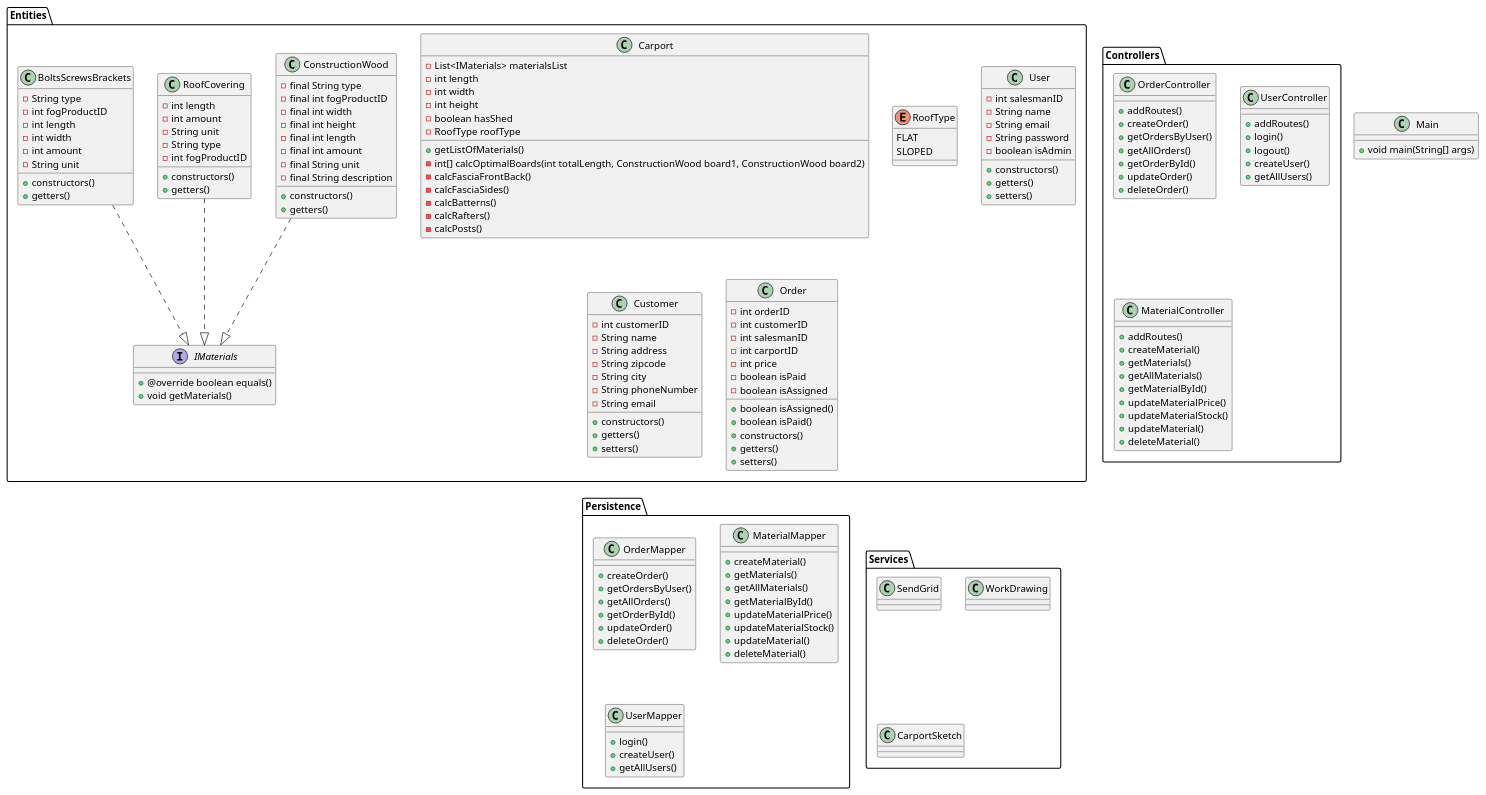
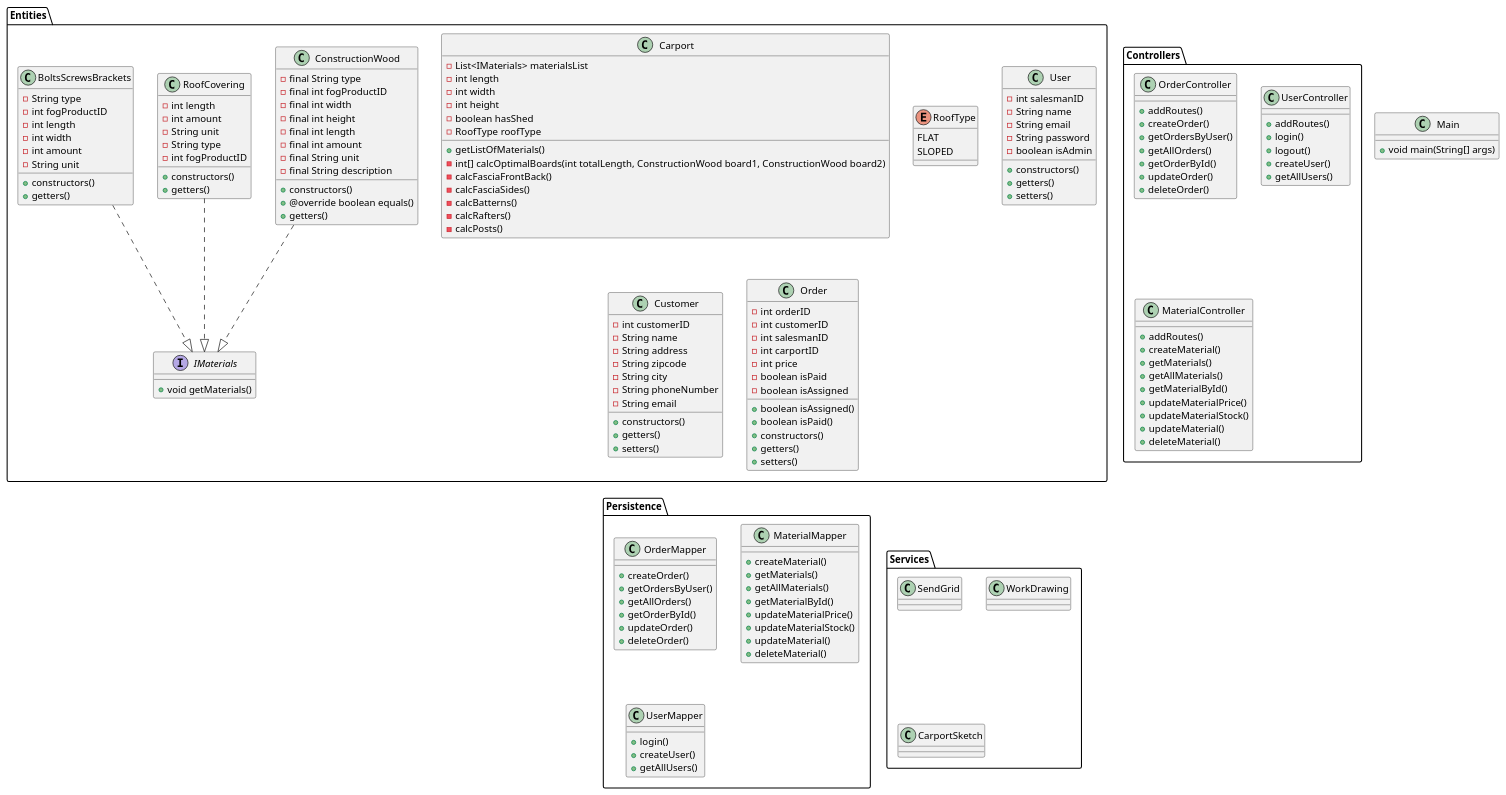
One commit to AndyTheDragon/Fog-projektet changed the diagram in docs/ClassDiagram.puml. Above: the diagram before and after it, drawn with PlantUML.

Commit message:
updated carport methods

```diff
--- a/docs/ClassDiagram.puml
+++ b/docs/ClassDiagram.puml
@@ -1,191 +1,192 @@
 @startuml
 'https://plantuml.com/class-diagram
 
 class Main
 {
     + void main(String[] args)
 }
 
 
 package "Entities" {
 interface IMaterials
 {
 
-+ @override boolean equals()
 + void getMaterials()
 
 }
 
 class Carport
 {
 - List<IMaterials> materialsList
 -int length
 -int width
 -int height
 -boolean hasShed
 -RoofType roofType
 + getListOfMaterials()
 - int[] calcOptimalBoards(int totalLength, ConstructionWood board1, ConstructionWood board2)
 - calcFasciaFrontBack()
 - calcFasciaSides()
 - calcBatterns()
 - calcRafters()
 - calcPosts()
+
 }
 enum RoofType
 {
     FLAT
     SLOPED
 }
 
 class User
 {
 - int salesmanID
 - String name
 - String email
 - String password
 - boolean isAdmin
 + constructors()
 + getters()
 + setters()
 }
 class Customer
 {
 - int customerID
 - String name
 - String address
 - String zipcode
 - String city
 - String phoneNumber
 - String email
 + constructors()
 + getters()
 + setters()
 
 
 }
 class Order
 {
 - int orderID
 - int customerID
 - int salesmanID
 - int carportID
 - int price
 - boolean isPaid
 - boolean isAssigned
 + boolean isAssigned()
 + boolean isPaid()
 + constructors()
 + getters()
 + setters()
 }
 class ConstructionWood
 {
 - final String type
 - final int fogProductID
 - final int width
 - final int height
 - final int length
 - final int amount
 - final String unit
 - final String description
 + constructors()
++ @override boolean equals()
 + getters()
 }
 class RoofCovering
 {
 - int length
 - int amount
 - String unit
 - String type
 - int fogProductID
 + constructors()
 + getters()
 }
 class BoltsScrewsBrackets
 {
 - String type
 - int fogProductID
 - int length
 - int width
 - int amount
 - String unit
 + constructors()
 + getters()
 
 
 }
 }
 package "Controllers" {
     class OrderController
     {
     + addRoutes()
     + createOrder()
     + getOrdersByUser()
     + getAllOrders()
     + getOrderById()
     + updateOrder()
     + deleteOrder()
     }
     class UserController
     {
     + addRoutes()
     + login()
     + logout()
     + createUser()
     + getAllUsers()
     }
     class MaterialController
     {
     + addRoutes()
     + createMaterial()
     + getMaterials()
     + getAllMaterials()
     + getMaterialById()
     + updateMaterialPrice()
     + updateMaterialStock()
     + updateMaterial()
     + deleteMaterial()
    }
 }
 package "Persistence" {
     class OrderMapper
     {
         + createOrder()
         + getOrdersByUser()
         + getAllOrders()
         + getOrderById()
         + updateOrder()
         + deleteOrder()
     }
     class MaterialMapper
     {
         + createMaterial()
         + getMaterials()
         + getAllMaterials()
         + getMaterialById()
         + updateMaterialPrice()
         + updateMaterialStock()
         + updateMaterial()
         + deleteMaterial()
     }
     class UserMapper
     {
         + login()
         + createUser()
         + getAllUsers()
     }
     }
 
 package "Services" {
 class SendGrid{}
 class WorkDrawing{}
 class CarportSketch{}
 }
 
 ConstructionWood ..|> IMaterials
 RoofCovering ..|> IMaterials
 BoltsScrewsBrackets ..|> IMaterials
 
 
 @enduml
```
